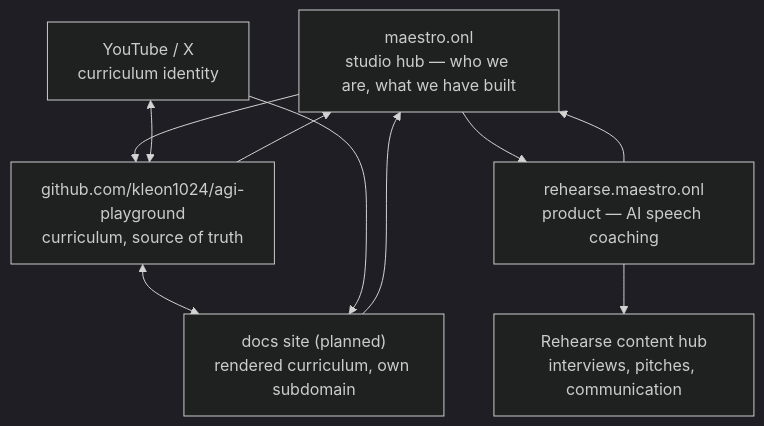
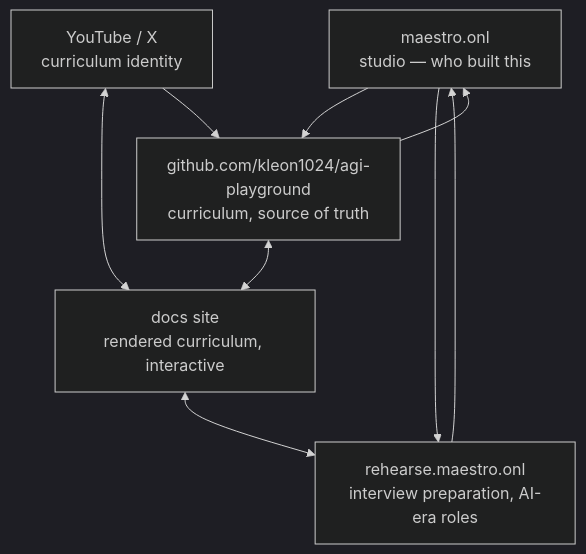
One commit to kleon1024/agi-playground changed the diagram in docs/content-architecture.md. Above: the diagram before and after it, drawn with Mermaid (dark theme). The commit also changed other lines of this file, not shown here.

Commit message:
docs: revise content architecture for Rehearse interview positioning

````diff
--- a/docs/content-architecture.md
+++ b/docs/content-architecture.md
@@ -26,19 +40,17 @@
 ```mermaid
 flowchart TB
-    M["maestro.onl<br/>studio hub — who we are, what we have built"]
+    M["maestro.onl<br/>studio — who built this"]
     G["github.com/kleon1024/agi-playground<br/>curriculum, source of truth"]
-    D["docs site (planned)<br/>rendered curriculum, own subdomain"]
-    R["rehearse.maestro.onl<br/>product — AI speech coaching"]
-    RC["Rehearse content hub<br/>interviews, pitches, communication"]
+    D["docs site<br/>rendered curriculum, interactive"]
+    R["rehearse.maestro.onl<br/>interview preparation, AI-era roles"]
     Y["YouTube / X<br/>curriculum identity"]
 
     G <--> D
+    D <--> R
     M --> G
     M --> R
-    R --> RC
+    G --> M
     R --> M
-    G --> M
-    D --> M
-    Y <--> G
-    Y --> D
+    Y <--> D
+    Y --> G
 ```
````
